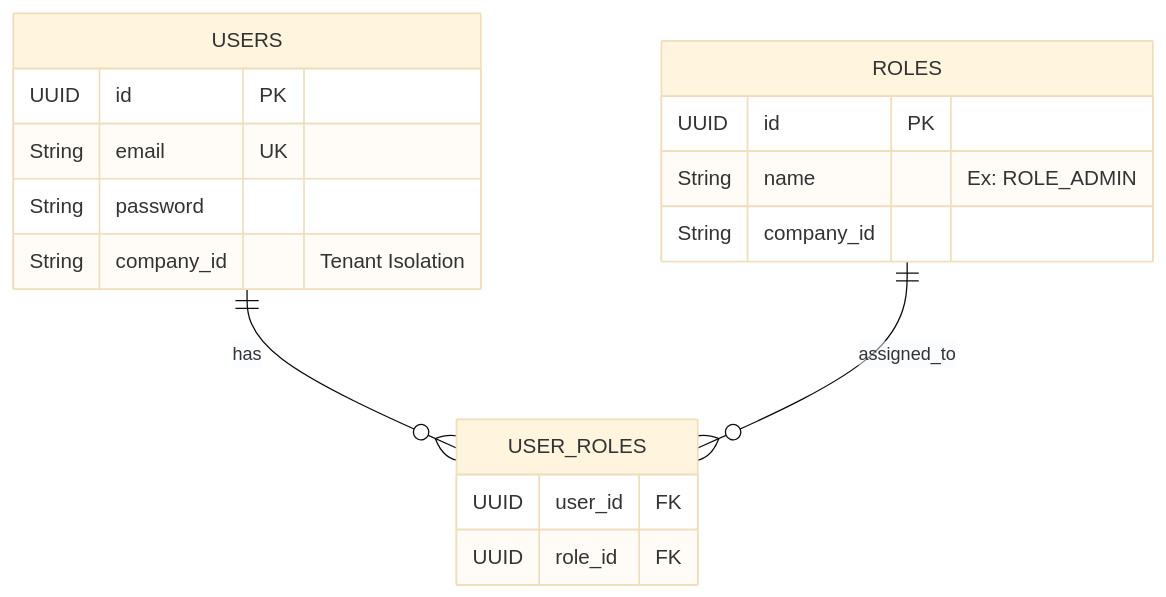
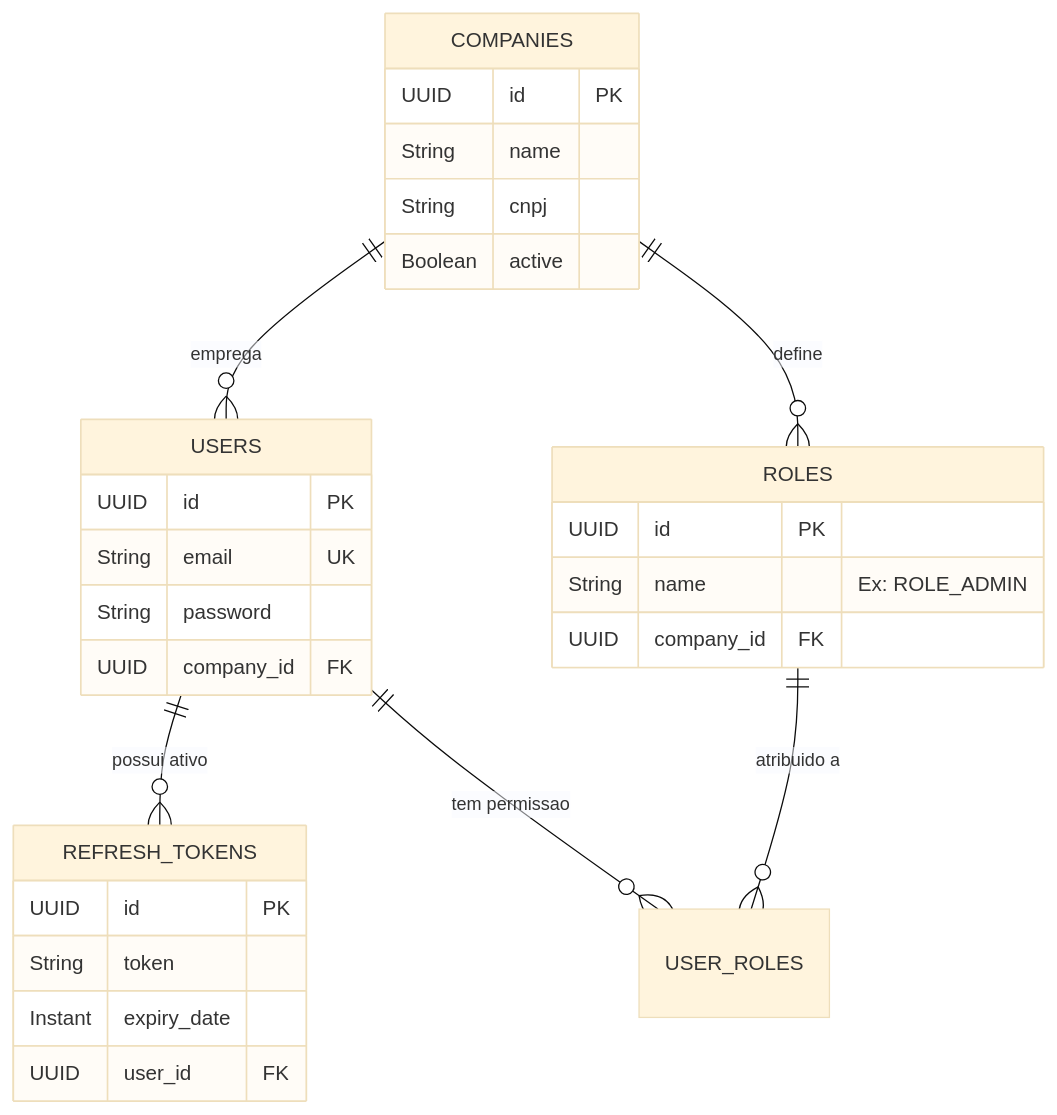
The third of 3 diagrams in README.md (murylomarques/enterprise-iam-service), drawn with Mermaid (base theme) before and after one commit. The commit also changed other lines of this file, not shown here.

Commit message:
docs: update architecture diagrams for v2.0 features

````diff
--- a/README.md
+++ b/README.md
@@ -48,23 +70,35 @@
 ```mermaid
 erDiagram
-    USERS ||--o{ USER_ROLES : has
-    ROLES ||--o{ USER_ROLES : assigned_to
+    COMPANIES ||--o{ USERS : "emprega"
+    COMPANIES ||--o{ ROLES : "define"
+    USERS ||--o{ REFRESH_TOKENS : "possui ativo"
+    USERS ||--o{ USER_ROLES : "tem permissao"
+    ROLES ||--o{ USER_ROLES : "atribuido a"
+    
+    COMPANIES {
+        UUID id PK
+        String name
+        String cnpj
+        Boolean active
+    }
     
     USERS {
         UUID id PK
         String email UK
         String password
-        String company_id "Tenant Isolation"
+        UUID company_id FK
     }
     
     ROLES {
         UUID id PK
         String name "Ex: ROLE_ADMIN"
-        String company_id
+        UUID company_id FK
     }
 
-    USER_ROLES {
+    REFRESH_TOKENS {
+        UUID id PK
+        String token
+        Instant expiry_date
         UUID user_id FK
-        UUID role_id FK
     }
 ```
````
